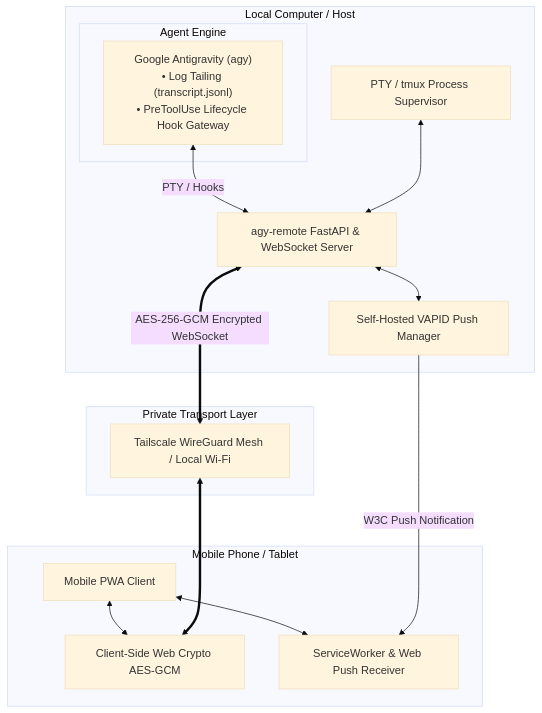
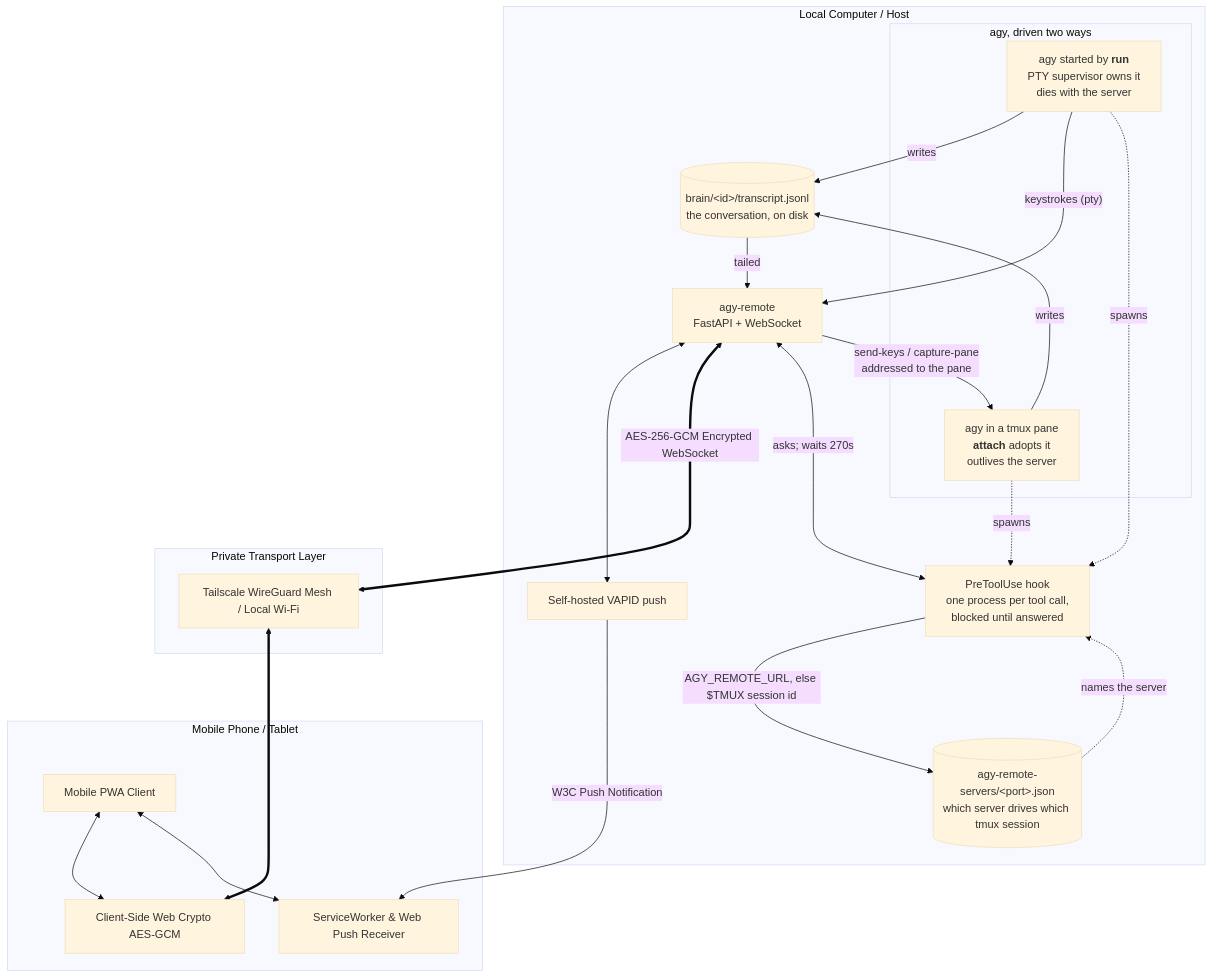
Before and after one commit to ollisulopuisto/agy-remote: the diagram in README.md, drawn with Mermaid (base theme). The commit also changed other lines of this file and 4 other files, not shown here.

First line of the commit message:
docs: the diagram and the approvals story catch up with the day

````diff
--- a/README.md
+++ b/README.md
@@ -54,32 +54,47 @@
 ```mermaid
 flowchart TD
-    subgraph Host Machine [Local Computer / Host]
-        subgraph Agent Backends [Agent Engine]
-            AGY["Google Antigravity (agy)<br/>• Log Tailing (transcript.jsonl)<br/>• PreToolUse Lifecycle Hook Gateway"]
+    subgraph Host [Local Computer / Host]
+        subgraph Sessions [agy, driven two ways]
+            OWNED["agy started by <b>run</b><br/>PTY supervisor owns it<br/>dies with the server"]
+            ADOPTED["agy in a tmux pane<br/><b>attach</b> adopts it<br/>outlives the server"]
         end
 
-        SUPERVISOR[PTY / tmux Process Supervisor]
-        SERVER[agy-remote FastAPI & WebSocket Server]
-        VAPID[Self-Hosted VAPID Push Manager]
+        BRAIN[("brain/&lt;id&gt;/transcript.jsonl<br/>the conversation, on disk")]
+        HOOK["PreToolUse hook<br/>one process per tool call,<br/>blocked until answered"]
+        REG[("agy-remote-servers/&lt;port&gt;.json<br/>which server drives which tmux session")]
 
-        AGY <-->|PTY / Hooks| SERVER
-        SUPERVISOR <--> SERVER
+        SERVER[agy-remote<br/>FastAPI + WebSocket]
+        VAPID[Self-hosted VAPID push]
+
+        OWNED -->|writes| BRAIN
+        ADOPTED -->|writes| BRAIN
+        BRAIN -->|tailed| SERVER
+
+        OWNED -->|"keystrokes (pty)"| SERVER
+        SERVER -->|"send-keys / capture-pane<br/>addressed to the pane"| ADOPTED
+
+        OWNED -.->|spawns| HOOK
+        ADOPTED -.->|spawns| HOOK
+        HOOK -->|"AGY_REMOTE_URL, else $TMUX session id"| REG
+        REG -.->|"names the server"| HOOK
+        HOOK <-->|"asks; waits 270s"| SERVER
+
         SERVER <--> VAPID
     end
 
     subgraph Transport [Private Transport Layer]
         TS[Tailscale WireGuard Mesh / Local Wi-Fi]
     end
 
-    subgraph Mobile Device [Mobile Phone / Tablet]
+    subgraph Mobile [Mobile Phone / Tablet]
         PWA[Mobile PWA Client]
         CRYPTO[Client-Side Web Crypto AES-GCM]
         SW[ServiceWorker & Web Push Receiver]
 
         PWA <--> CRYPTO
         PWA <--> SW
     end
 
     SERVER <===>|AES-256-GCM Encrypted WebSocket| TS <===> CRYPTO
     VAPID --->|W3C Push Notification| SW
 ```
````
